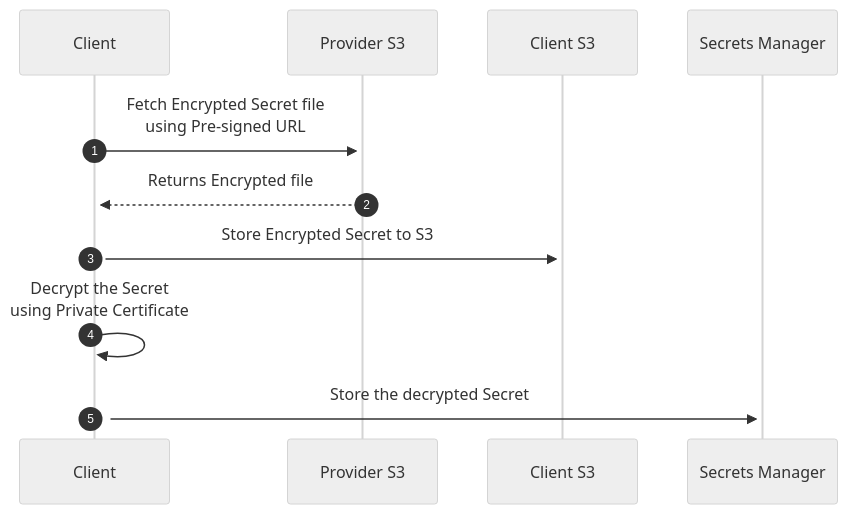
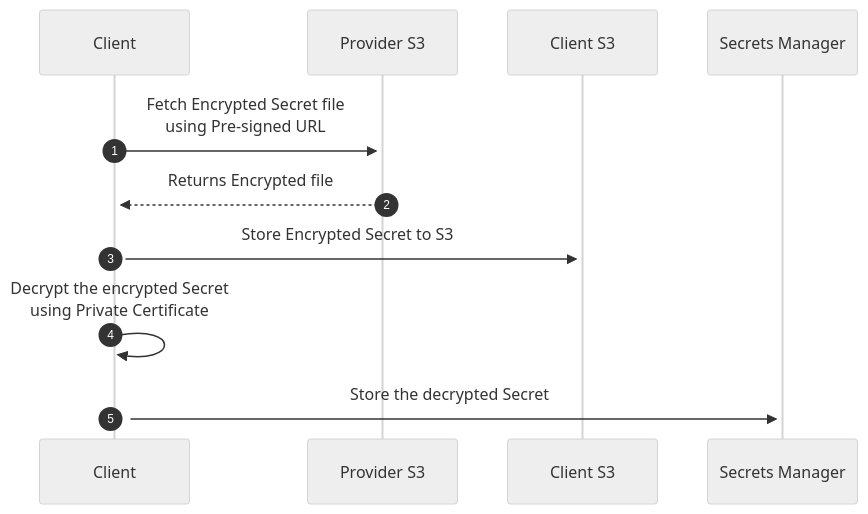
Before and after one commit to smislam/securely-share-secrets: the second of 2 diagrams in README.md, drawn with Mermaid (neutral theme). The commit also changed other lines of this file, not shown here.

````diff
--- a/README.md
+++ b/README.md
@@ -40,9 +40,9 @@
 ```mermaid
 sequenceDiagram
 autonumber
     Client->>+Provider S3: Fetch Encrypted Secret file<br/> using Pre-signed URL
     Provider S3-->>+Client: Returns Encrypted file
     Client->>+Client S3: Store Encrypted Secret to S3
-    Client->>+Client: Decrypt the Secret<br/> using Private Certificate
+    Client->>+Client: Decrypt the encrypted Secret<br/> using Private Certificate
     Client->>+Secrets Manager: Store the decrypted Secret    
 ```
````
